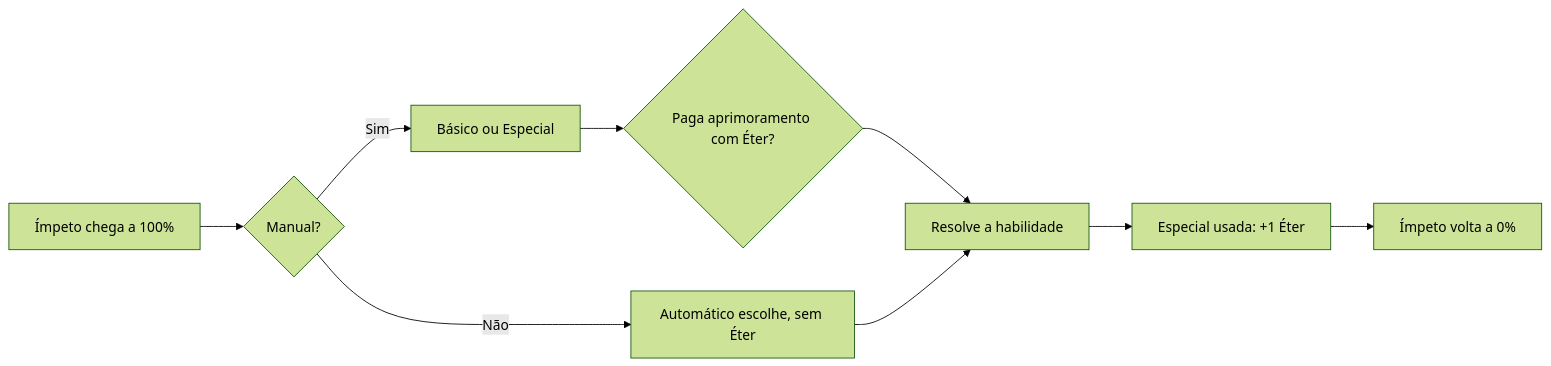
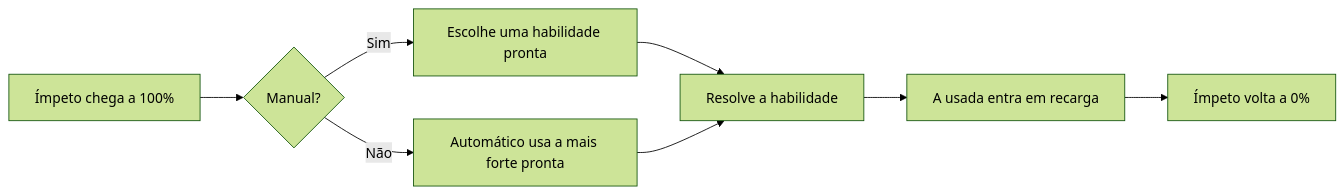
The first of 2 diagrams in SIGILOS — Game Design Document.md (MinoKael/sigilos-game), drawn with Mermaid (forest theme) before and after one commit. The commit also changed other lines of this file and 126 other files, not shown here.

````diff
--- a/SIGILOS — Game Design Document.md
+++ b/SIGILOS — Game Design Document.md
@@ -136,11 +138,10 @@
 ```mermaid
 flowchart LR
   A[Ímpeto chega a 100%] --> B{Manual?}
-  B -- Sim --> C[Básico ou Especial]
-  C --> D{Paga aprimoramento com Éter?}
-  D --> E[Resolve a habilidade]
-  B -- Não --> F[Automático escolhe, sem Éter]
+  B -- Sim --> C[Escolhe uma habilidade pronta]
+  C --> E[Resolve a habilidade]
+  B -- Não --> F[Automático usa a mais forte pronta]
   F --> E
-  E --> G[Especial usada: +1 Éter]
+  E --> G[A usada entra em recarga]
   G --> H[Ímpeto volta a 0%]
 ```
````
